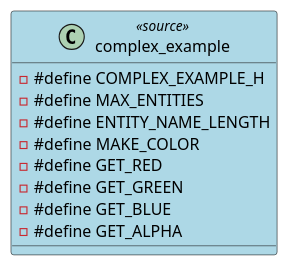
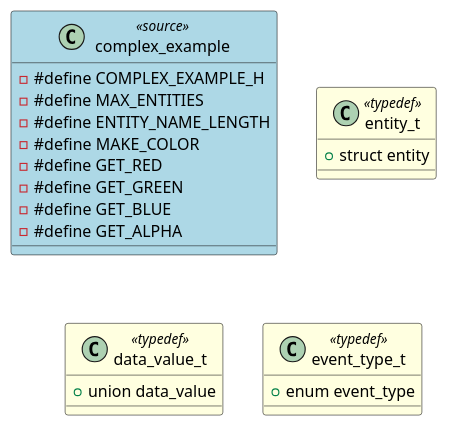
One commit to fischerjooo/c2puml changed the diagram in test_plantuml_output/complex_example.puml. Above: the diagram before and after it, drawn with PlantUML. The commit also changed 10 other files, not shown here.

Commit message:
Refactor parser and analyzer with improved parsing and simplified architecture

```diff
--- a/test_plantuml_output/complex_example.puml
+++ b/test_plantuml_output/complex_example.puml
@@ -1,16 +1,31 @@
 @startuml complex_example
 
 class "complex_example" as COMPLEX_EXAMPLE <<source>> #LightBlue
 {
     - #define COMPLEX_EXAMPLE_H
     - #define MAX_ENTITIES
     - #define ENTITY_NAME_LENGTH
     - #define MAKE_COLOR
     - #define GET_RED
     - #define GET_GREEN
     - #define GET_BLUE
     - #define GET_ALPHA
 }
 
+class "entity_t" as ENTITY_T <<typedef>> #LightYellow
+{
+    + struct entity
+}
+
+class "data_value_t" as DATA_VALUE_T <<typedef>> #LightYellow
+{
+    + union data_value
+}
+
+class "event_type_t" as EVENT_TYPE_T <<typedef>> #LightYellow
+{
+    + enum event_type
+}
+
 
 @enduml
```
